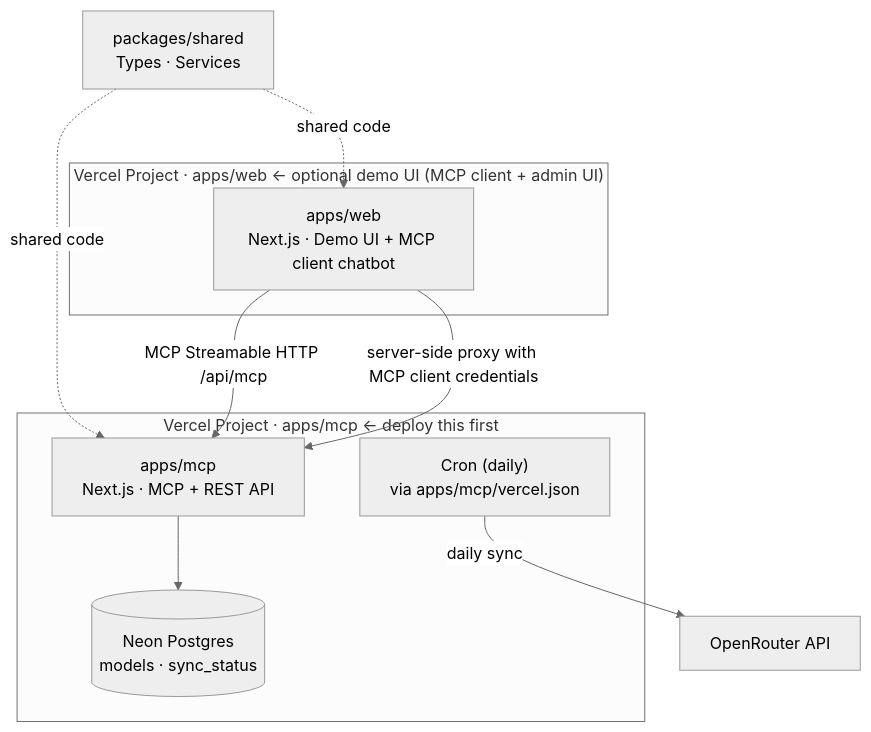
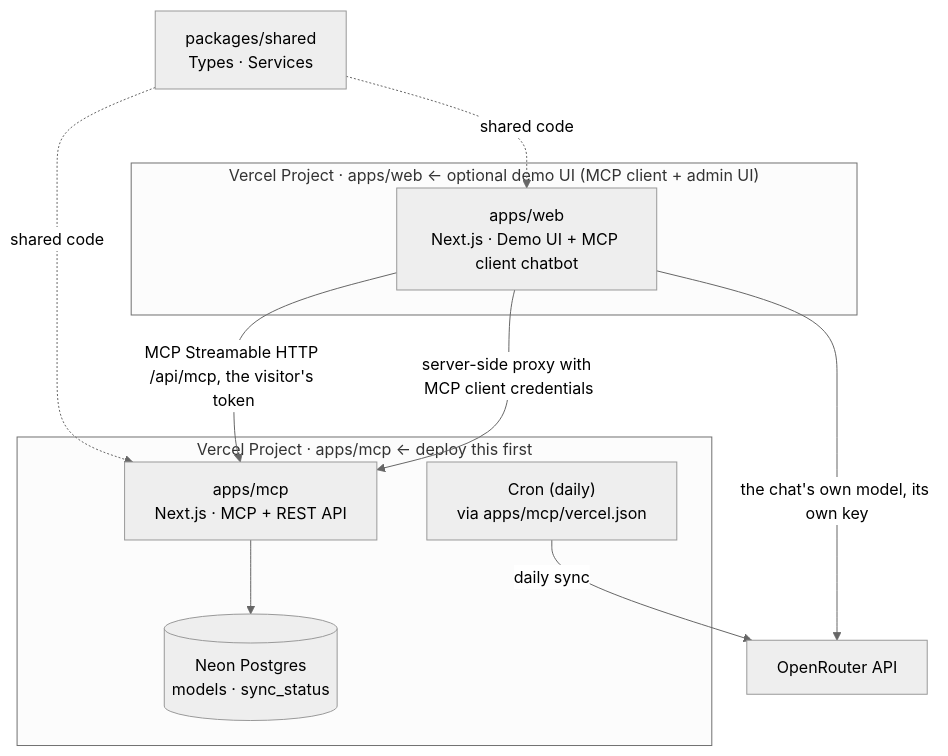
The diagram in README.md (tj60647/openrouter-mcp-registry), drawn with Mermaid (neutral theme) before and after one commit. The commit also changed other lines of this file and 5 other files, not shown here.

First line of the commit message:
docs: the demo owns its model; the MCP server's key is for sync and embeddings

````diff
--- a/README.md
+++ b/README.md
@@ -27,23 +27,24 @@
 ```mermaid
 graph TD
     shared["packages/shared\nTypes · Services"]
 
     subgraph mcp_deploy["Vercel Project · apps/mcp  ← deploy this first"]
         mcpApp["apps/mcp\nNext.js · MCP + REST API"]
         db[("Neon Postgres\nmodels · sync_status")]
         cron["Cron (daily)\nvia apps/mcp/vercel.json"]
     end
 
     subgraph web_deploy["Vercel Project · apps/web  ← optional demo UI (MCP client + admin UI)"]
         webApp["apps/web\nNext.js · Demo UI + MCP client chatbot"]
     end
 
     openrouter["OpenRouter API"]
 
     shared -.->|shared code| mcpApp
     shared -.->|shared code| webApp
     mcpApp --> db
-    webApp -->|MCP Streamable HTTP /api/mcp| mcpApp
+    webApp -->|MCP Streamable HTTP /api/mcp, the visitor's token| mcpApp
     webApp -->|server-side proxy with MCP client credentials| mcpApp
+    webApp -->|the chat's own model, its own key| openrouter
     cron -->|daily sync| openrouter
 ```
````
